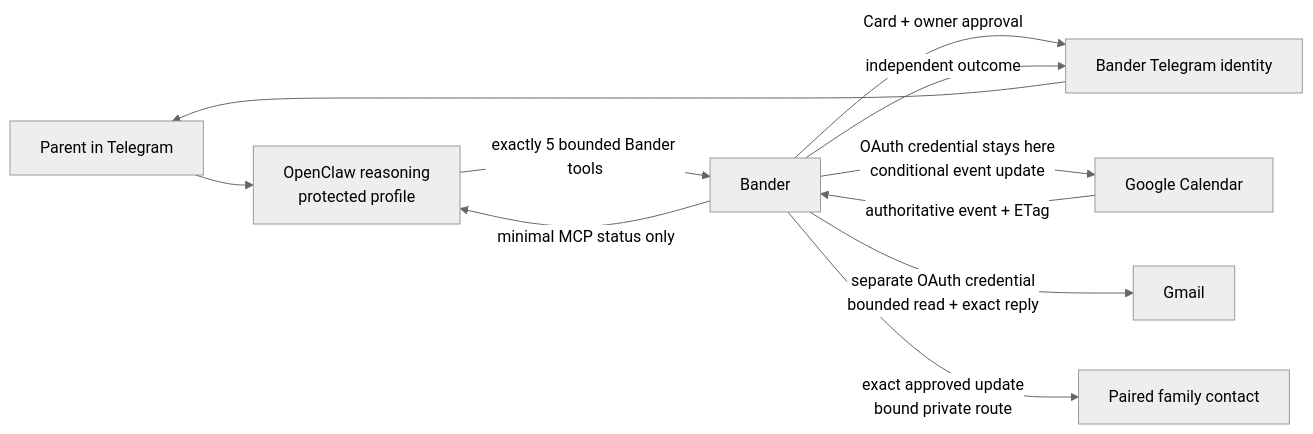
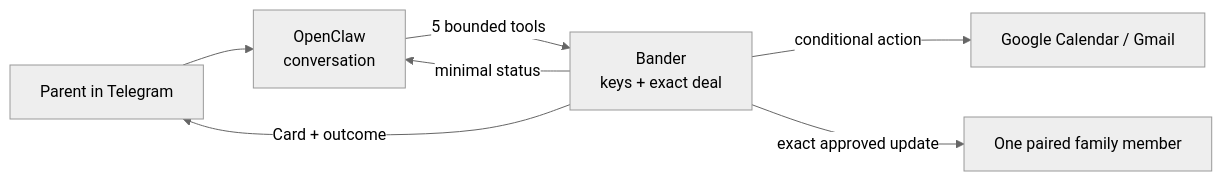
The diagram in README.md (gowtham0992/bander), drawn with Mermaid (neutral theme) before and after one commit. The commit also changed other lines of this file and 14 other files, not shown here.

````diff
--- a/README.md
+++ b/README.md
@@ -75,13 +71,9 @@
 ```mermaid
 flowchart LR
-    P["Parent in Telegram"] --> O["OpenClaw reasoning<br/>protected profile"]
-    O -->|"exactly 5 bounded Bander tools"| B["Bander"]
-    B -->|"minimal MCP status only"| O
-    B -->|"Card + owner approval"| T["Bander Telegram identity"]
-    T --> P
-    B -->|"OAuth credential stays here<br/>conditional event update"| G["Google Calendar"]
-    B -->|"separate OAuth credential<br/>bounded read + exact reply"| M["Gmail"]
-    G -->|"authoritative event + ETag"| B
-    B -->|"exact approved update<br/>bound private route"| F["Paired family contact"]
-    B -->|"independent outcome"| T
+    P["Parent in Telegram"] --> O["OpenClaw<br/>conversation"]
+    O -->|"5 bounded tools"| B["Bander<br/>keys + exact deal"]
+    B -->|"minimal status"| O
+    B -->|"Card + outcome"| P
+    B -->|"conditional action"| G["Google Calendar / Gmail"]
+    B -->|"exact approved update"| F["One paired family member"]
 ```
````
